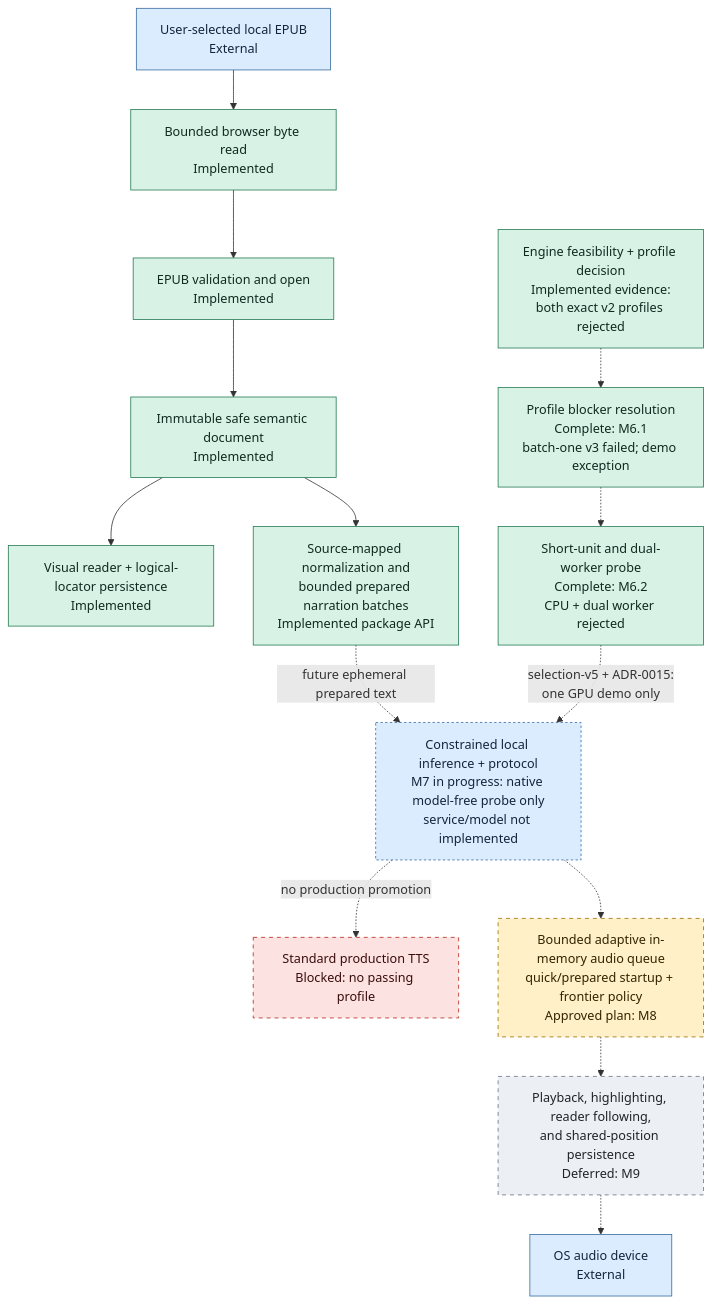
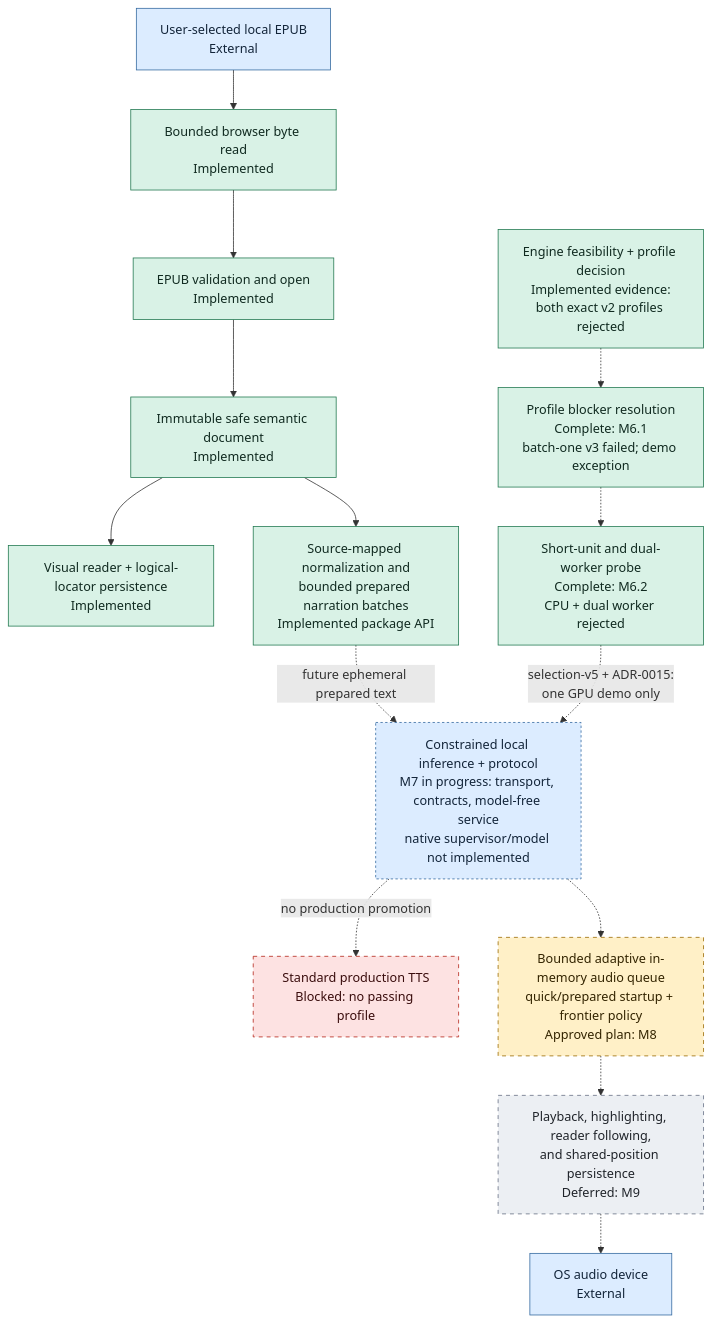
Before and after one commit to mmjosedaniel/voxleaf: the second of 2 diagrams in docs/architecture/system-diagram.md, drawn with Mermaid. The commit also changed other lines of this file and 55 other files, not shown here.

First line of the commit message:
Implement M007 Milestone 2 model-free TTS protocol service (#115)

````diff
--- a/docs/architecture/system-diagram.md
+++ b/docs/architecture/system-diagram.md
@@ -110,35 +111,35 @@
 ```mermaid
 flowchart TD
     classDef implemented fill:#d9f2e6,stroke:#247a52,color:#102a20
     classDef progress fill:#dcecff,stroke:#356aa0,color:#13253a,stroke-dasharray: 3 3
     classDef planned fill:#fff0c7,stroke:#9a6b00,color:#332400,stroke-dasharray: 5 5
     classDef blocked fill:#fde2e2,stroke:#b42318,color:#3a0d0d,stroke-dasharray: 5 5
     classDef deferred fill:#eceff3,stroke:#667085,color:#20242a,stroke-dasharray: 5 5
     classDef external fill:#dcecff,stroke:#356aa0,color:#13253a
 
     FILE["User-selected local EPUB<br/>External"]:::external
     READ["Bounded browser byte read<br/>Implemented"]:::implemented
     OPEN["EPUB validation and open<br/>Implemented"]:::implemented
     SAFE["Immutable safe semantic document<br/>Implemented"]:::implemented
     VISUAL["Visual reader + logical-locator persistence<br/>Implemented"]:::implemented
     PREP["Source-mapped normalization and<br/>bounded prepared narration batches<br/>Implemented package API"]:::implemented
     PROFILE["Engine feasibility + profile decision<br/>Implemented evidence:<br/>both exact v2 profiles rejected"]:::implemented
     NEXT_PROFILE["Profile blocker resolution<br/>Complete: M6.1<br/>batch-one v3 failed; demo exception"]:::implemented
     BATCH_PROBE["Short-unit and dual-worker probe<br/>Complete: M6.2<br/>CPU + dual worker rejected"]:::implemented
-    INFER["Constrained local inference + protocol<br/>M7 in progress: native model-free probe only<br/>service/model not implemented"]:::progress
+    INFER["Constrained local inference + protocol<br/>M7 in progress: transport, contracts, model-free service<br/>native supervisor/model not implemented"]:::progress
     PROD["Standard production TTS<br/>Blocked: no passing profile"]:::blocked
     BUFFER["Bounded adaptive in-memory audio queue<br/>quick/prepared startup + frontier policy<br/>Approved plan: M8"]:::planned
     FOLLOW["Playback, highlighting, reader following,<br/>and shared-position persistence<br/>Deferred: M9"]:::deferred
     DEVICE["OS audio device<br/>External"]:::external
 
     FILE --> READ --> OPEN --> SAFE --> VISUAL
     SAFE --> PREP
     PREP -.->|"future ephemeral prepared text"| INFER
     PROFILE -.-> NEXT_PROFILE
     NEXT_PROFILE -.-> BATCH_PROBE
     BATCH_PROBE -.->|"selection-v5 + ADR-0015:<br/>one GPU demo only"| INFER
     INFER -.->|"no production promotion"| PROD
     INFER -.-> BUFFER
     BUFFER -.-> FOLLOW
     FOLLOW -.-> DEVICE
 ```
````
